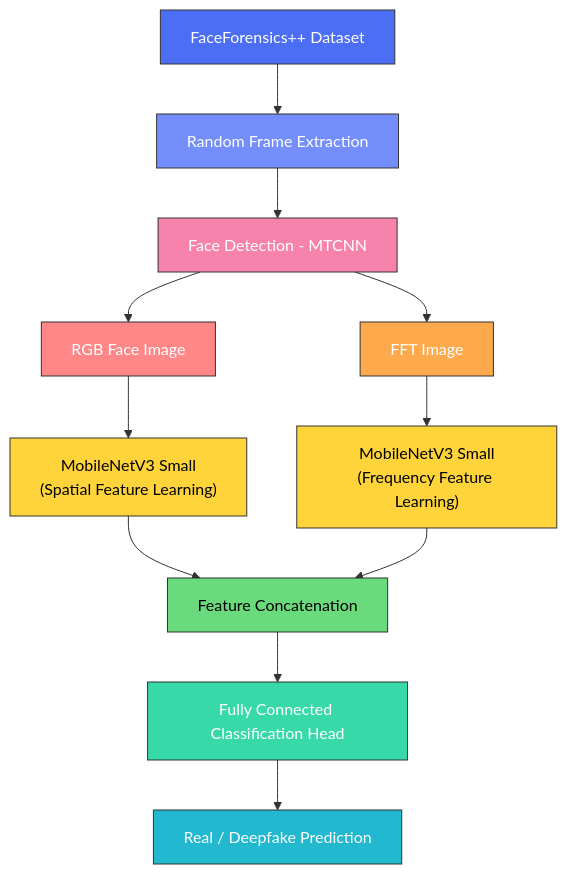
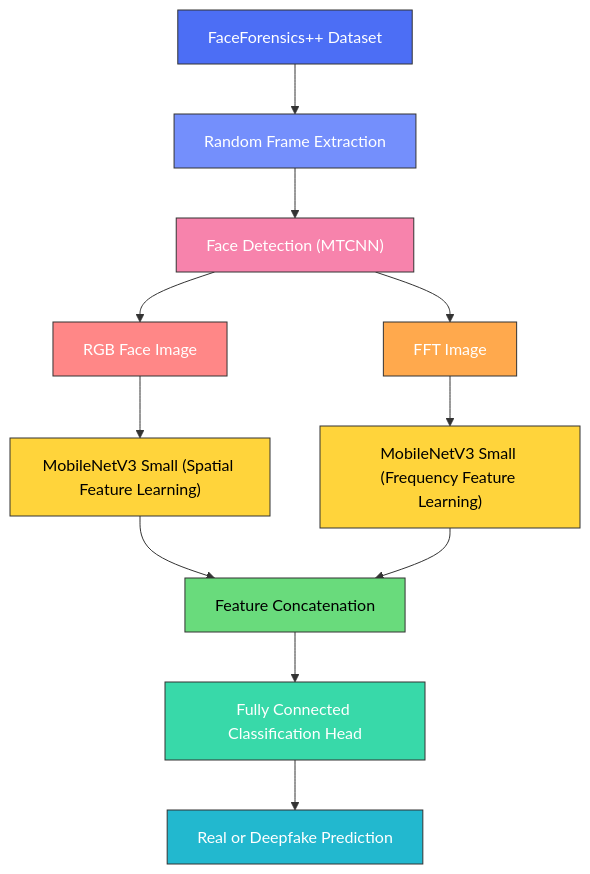
One commit to Anishithavaram-4242/deepfake_detection changed the second of 3 diagrams in README.md. Above: the diagram before and after it, drawn with Mermaid. The commit also changed other lines of this file, not shown here.

````diff
--- a/README.md
+++ b/README.md
@@ -60,24 +60,24 @@
 ```mermaid
 flowchart TD
-    A[FaceForensics++ Dataset] --> B[Random Frame Extraction]
-    B --> C[Face Detection - MTCNN]
-    C --> D[RGB Face Image]
-    C --> E[FFT Image]
-    D --> F["MobileNetV3 Small<br/>(Spatial Feature Learning)"]
-    E --> G["MobileNetV3 Small<br/>(Frequency Feature Learning)"]
-    F --> H[Feature Concatenation]
+    A["FaceForensics++ Dataset"] --> B["Random Frame Extraction"]
+    B --> C["Face Detection (MTCNN)"]
+    C --> D["RGB Face Image"]
+    C --> E["FFT Image"]
+    D --> F["MobileNetV3 Small (Spatial Feature Learning)"]
+    E --> G["MobileNetV3 Small (Frequency Feature Learning)"]
+    F --> H["Feature Concatenation"]
     G --> H
-    H --> I[Fully Connected Classification Head]
-    I --> J[Real / Deepfake Prediction]
+    H --> I["Fully Connected Classification Head"]
+    I --> J["Real or Deepfake Prediction"]
 
     style A fill:#4C6EF5,color:#fff,stroke:#333
     style B fill:#748FFC,color:#fff,stroke:#333
     style C fill:#F783AC,color:#fff,stroke:#333
     style D fill:#FF8787,color:#fff,stroke:#333
     style E fill:#FFA94D,color:#fff,stroke:#333
     style F fill:#FFD43B,color:#000,stroke:#333
     style G fill:#FFD43B,color:#000,stroke:#333
     style H fill:#69DB7C,color:#000,stroke:#333
     style I fill:#38D9A9,color:#fff,stroke:#333
     style J fill:#22B8CF,color:#fff,stroke:#333
 ```
````
